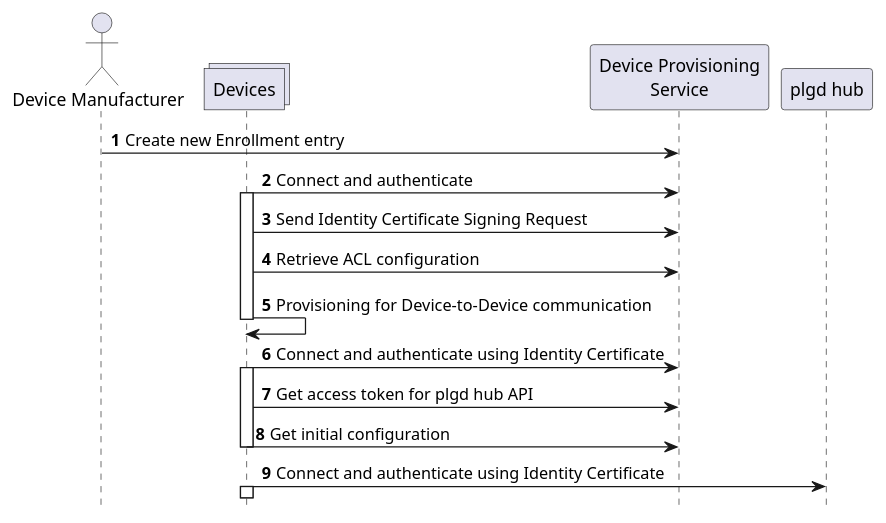
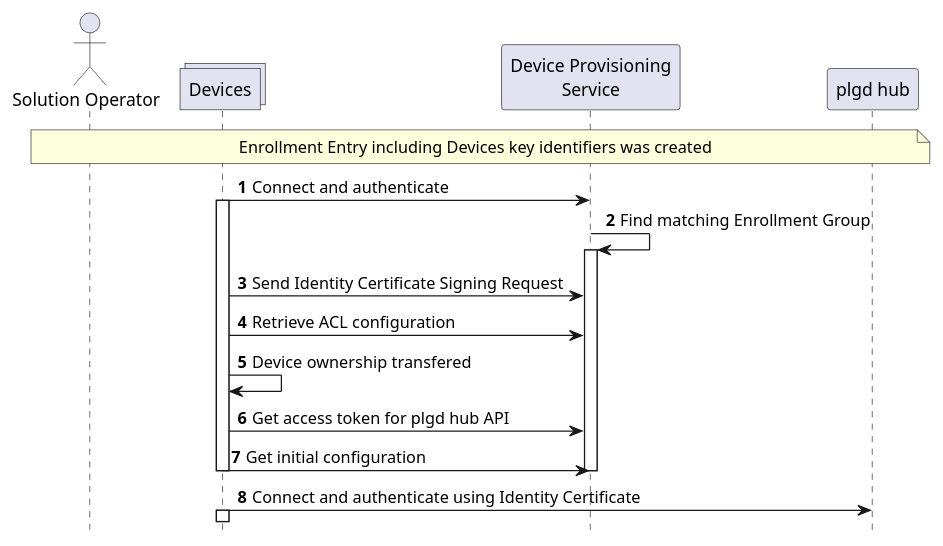
One commit to plgd-dev/doc changed the diagram in content/en/device-provisioning-service/overview.md. Above: the diagram before and after it, drawn with PlantUML. The commit also changed other lines of this file and 7 other files, not shown here.

```diff
--- a/content/en/device-provisioning-service/overview.md
+++ b/content/en/device-provisioning-service/overview.md
@@ -21,30 +46,30 @@
 {{< plantuml id="resource-publish" >}}
 @startuml
 autonumber
 skinparam backgroundColor transparent
 hide footbox
 
-actor "Device Manufacturer" as dmf
-collections Devices as d
+actor "Solution Operator" as op
+collections "Devices" as d
 participant "Device Provisioning\nService" as dps
 participant "plgd hub" as hub
 
-dmf -> dps: Create new Enrollment entry
-
+note over op, hub
+Enrollment Entry including Devices key identifiers was created
+end note
 d -> dps: Connect and authenticate
 activate d
+dps -> dps: Find matching Enrollment Group
+activate dps
 d -> dps: Send Identity Certificate Signing Request
 d -> dps: Retrieve ACL configuration
-d -> d: Provisioning for Device-to-Device communication
-deactivate d
-d -> dps: Connect and authenticate using Identity Certificate
-activate d
+d -> d: Device ownership transfered
 d -> dps: Get access token for plgd hub API
 d -> dps: Get initial configuration
+deactivate dps
 deactivate d
 d -> hub: Connect and authenticate using Identity Certificate
 activate d
 
 @enduml
-
 {{< /plantuml >}}
```
